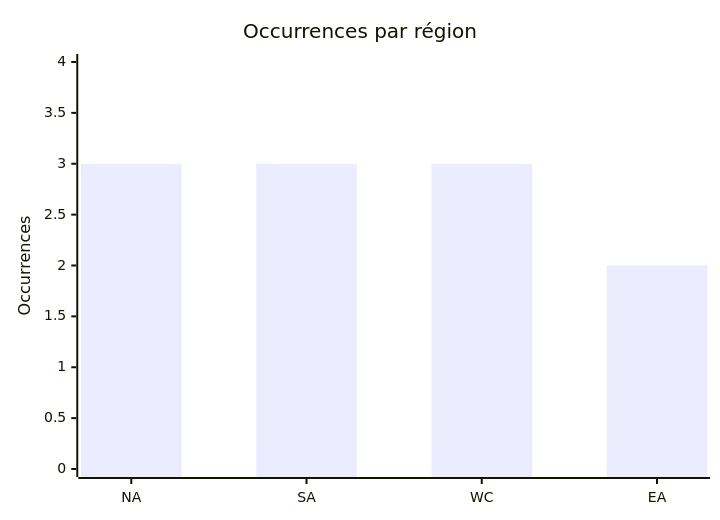
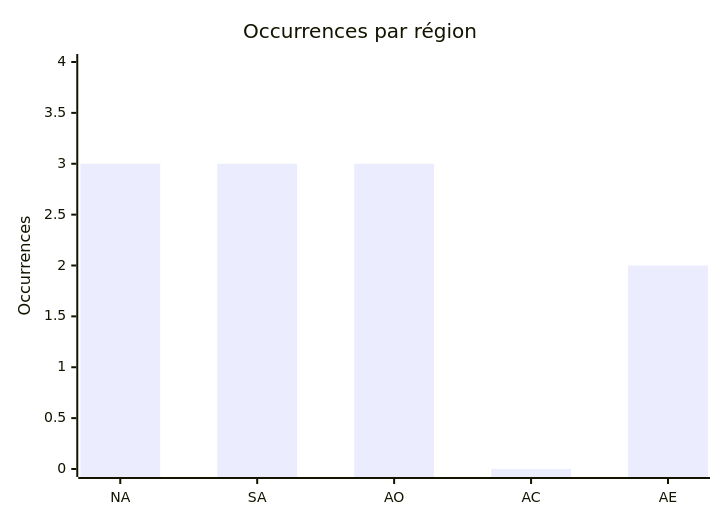
The fourth of 6 diagrams in CyberAttackAfrica/2025/03-march/README_FR.md (Hatchepsoute/AFRINTEL), drawn with Mermaid before and after one commit. The commit also changed other lines of this file and 109 other files, not shown here.

````diff
--- a/CyberAttackAfrica/2025/03-march/README_FR.md
+++ b/CyberAttackAfrica/2025/03-march/README_FR.md
@@ -124,7 +125,7 @@
 ```mermaid
 xychart
     title "Occurrences par région"
-    x-axis ["NA","SA","WC","EA"]
+    x-axis ["NA","SA","AO","AC","AE"]
     y-axis "Occurrences" 0 --> 4
-    bar [3,3,3,2]
+    bar [3,3,3,0,2]
 ```
````
